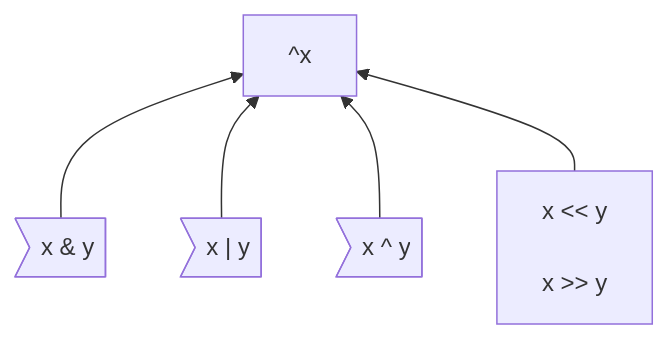
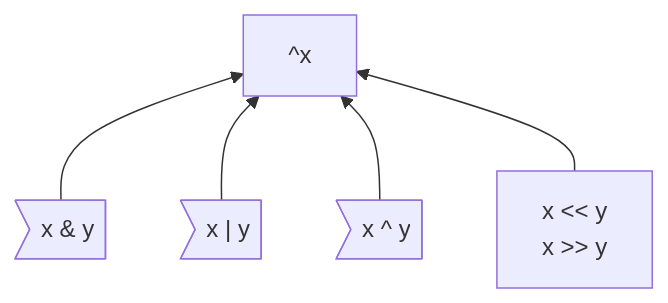
Before and after one commit to carbon-language/carbon-lang: the diagram in docs/design/expressions/bitwise.md, drawn with Mermaid. The commit also changed 1 other file, not shown here.

Commit message:
A few more mermaid newline fixes

````diff
--- a/docs/design/expressions/bitwise.md
+++ b/docs/design/expressions/bitwise.md
@@ -55,11 +55,11 @@
 ```mermaid
 %%{init: {'themeVariables': {'fontFamily': 'monospace'}}}%%
 graph BT
     complement["^x"]
     bitwise_and>"x & y"]
     bitwise_or>"x | y"]
     bitwise_xor>"x ^ y"]
-    shift["x << y<br>
+    shift["x << y
            x >> y"]
     bitwise_and & bitwise_or & bitwise_xor & shift --> complement
 ```
````
